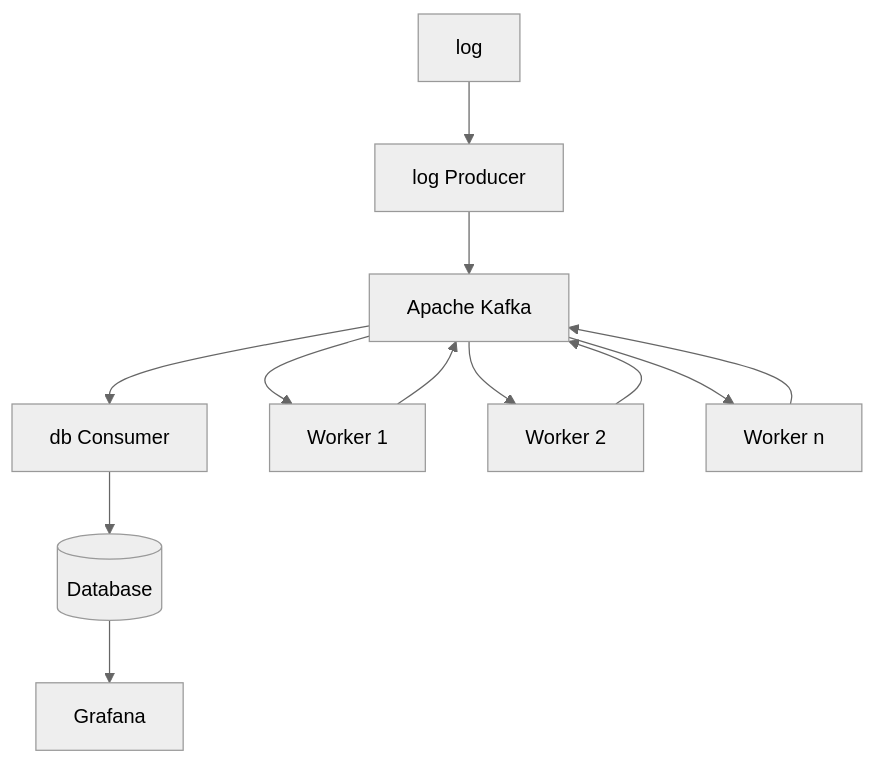
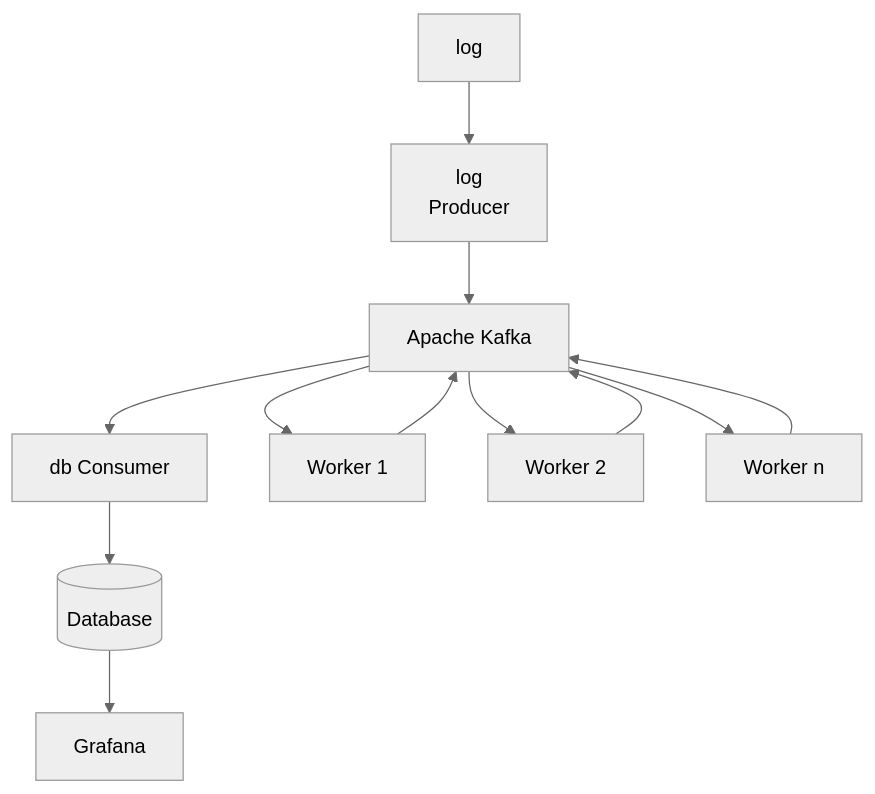
The diagram in README.md (tomwey2/linux-syslog-analysis-with-kafka), drawn with Mermaid (neutral theme) before and after one commit.

````diff
--- a/README.md
+++ b/README.md
@@ -18,17 +18,17 @@
 ```mermaid
 flowchart TD
     idKafka[Apache Kafka]
     idDb[(Database)]
     idLog[log]
-    idProducer[log Producer]
+    idProducer[log \n Producer]
     idConsumer[db Consumer]
     idGrafana[Grafana]
     idWorker1[Worker 1]
     idWorker2[Worker 2]
     idWorkerN[Worker n]
     idLog-->idProducer-->idKafka
     idKafka-->idWorker1-->idKafka
     idKafka-->idWorker2-->idKafka
     idKafka-->idWorkerN-->idKafka
     idKafka-->idConsumer-->idDb-->idGrafana
 ```
````
